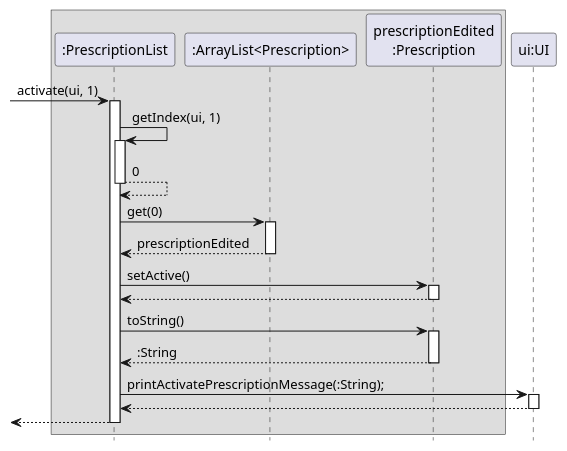
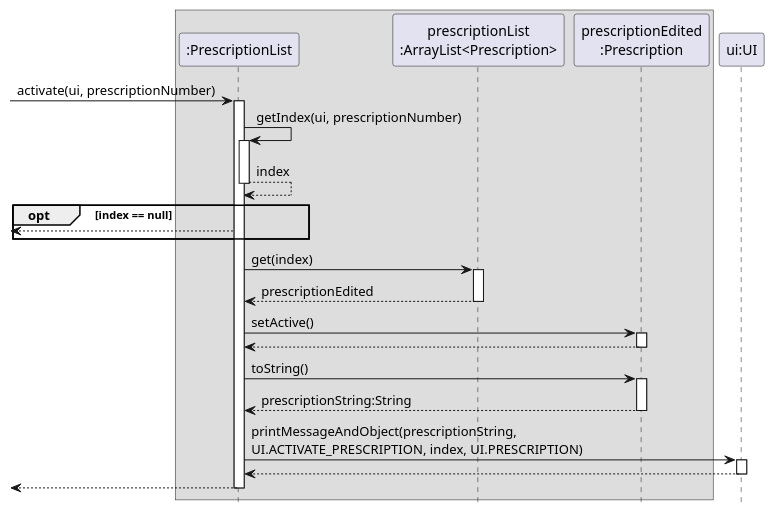
The diagram in docs/diagrams/PrescriptionListActivate.puml (nus-cs2113-AY2223S1/tp), drawn with PlantUML before and after one commit. The commit also changed 4 other files, not shown here.

Commit message:
Fix add and activate diagram

```diff
--- a/docs/diagrams/PrescriptionListActivate.puml
+++ b/docs/diagrams/PrescriptionListActivate.puml
@@ -1,37 +1,40 @@
 @startuml
 hide footbox
 
 box
 participant ":PrescriptionList" as A
-participant ":ArrayList<Prescription>" as C
+participant "prescriptionList\n:ArrayList<Prescription>" as C
 participant "prescriptionEdited\n:Prescription" as B
 end box
 
 participant "ui:UI" as D
 
--> A : activate(ui, 1)
+-> A : activate(ui, prescriptionNumber)
 activate A
 
-A -> A : getIndex(ui, 1)
+A -> A : getIndex(ui, prescriptionNumber)
 activate A
-return 0
+return index
 
-A -> C : get(0)
+opt index == null
+    <-- A
+end
+
+A -> C : get(index)
 activate C
 return prescriptionEdited
 
 A -> B : setActive()
 activate B
 return
 
 A -> B : toString()
 activate B
-return :String
+return prescriptionString:String
 
-A -> D : printActivatePrescriptionMessage(:String);
+A -> D : printMessageAndObject(prescriptionString, \nUI.ACTIVATE_PRESCRIPTION, index, UI.PRESCRIPTION)
 activate D
 return
 
 return
-
 @enduml
```
